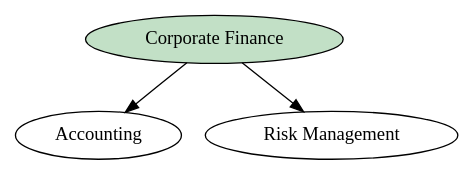
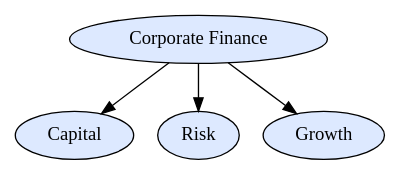
One commit to alexis-vo/mmap-finance changed the diagram in generatedGraphs/dot/corporate_finance.dot. Above: the diagram before and after it, drawn with Graphviz. The commit also changed 21 other files, not shown here.

```diff
--- a/generatedGraphs/dot/corporate_finance.dot
+++ b/generatedGraphs/dot/corporate_finance.dot
@@ -1,9 +1,11 @@
 // corporate_finance
 digraph {
 	rankdir=TB
-	root [label="Corporate Finance" fillcolor="#c2e0c6" style=filled]
-	A [label=Accounting]
-	root -> A
-	R [label="Risk Management"]
+	root [label="Corporate Finance" fillcolor="#DDE9FF" style=filled]
+	C [label=Capital fillcolor="#DDE9FF" style=filled]
+	root -> C
+	R [label=Risk fillcolor="#DDE9FF" style=filled]
 	root -> R
+	G [label=Growth fillcolor="#DDE9FF" style=filled]
+	root -> G
 }
```
